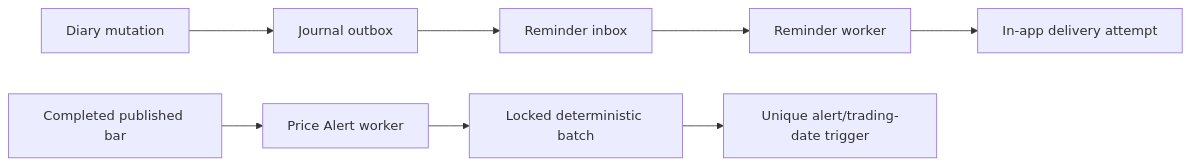
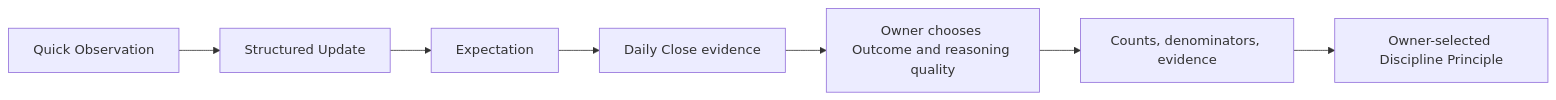
The first of 2 diagrams in docs/flows/core-flows.md (etklam/micro-cockpit), drawn with Mermaid before and after one commit. The commit also changed other lines of this file and 305 other files, not shown here.

Commit message:
feat: complete market observation cutover

````diff
--- a/docs/flows/core-flows.md
+++ b/docs/flows/core-flows.md
@@ -170,11 +5,9 @@
 ```mermaid
 flowchart LR
-    Journal[Diary mutation] --> Outbox[Journal outbox]
-    Outbox --> Inbox[Reminder inbox]
-    Inbox --> ReminderWorker[Reminder worker]
-    ReminderWorker --> Delivery[In-app delivery attempt]
-
-    Market[Completed published bar] --> PriceWorker[Price Alert worker]
-    PriceWorker --> Claim[Locked deterministic batch]
-    Claim --> Trigger[Unique alert/trading-date trigger]
+    Quick[Quick Observation] --> Update[Structured Update]
+    Update --> Expectation
+    Expectation --> Evidence[Daily Close evidence]
+    Evidence --> Review[Owner chooses Outcome and reasoning quality]
+    Review --> Pattern[Counts, denominators, evidence]
+    Pattern --> Principle[Owner-selected Discipline Principle]
 ```
````
